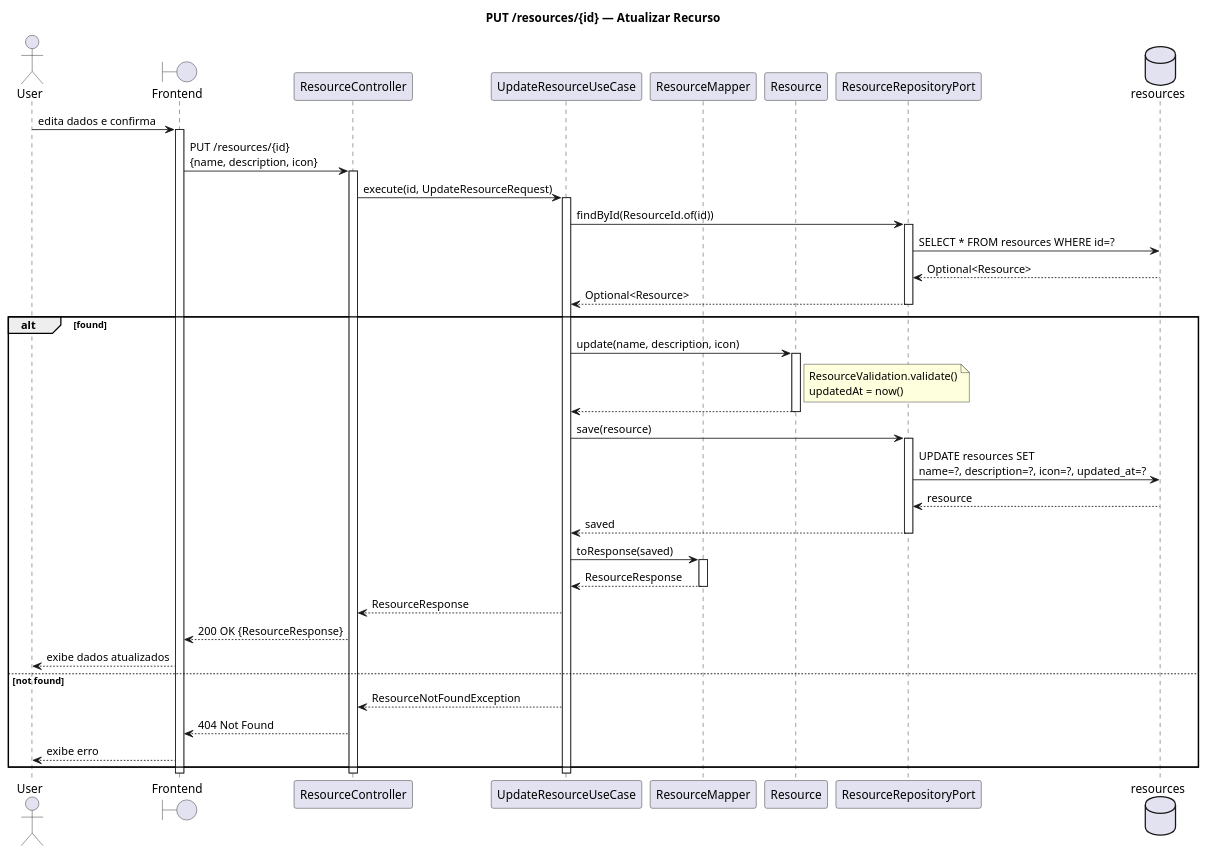
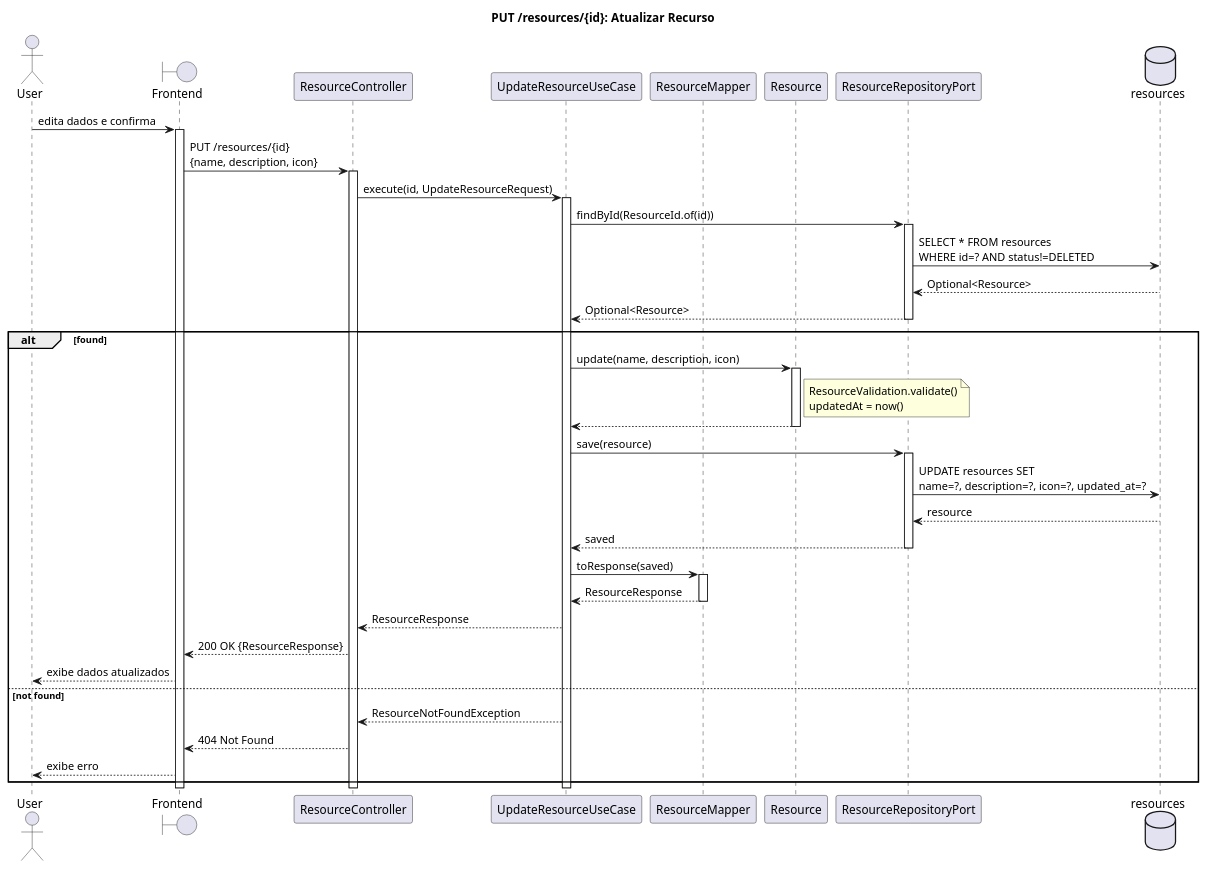
Before and after one commit to Neoguara/rooms-diagrams: the diagram in src/plantuml/sequencia/resource/update_resource.puml, drawn with PlantUML. The commit also changed 73 other files, not shown here.

```diff
--- a/src/plantuml/sequencia/resource/update_resource.puml
+++ b/src/plantuml/sequencia/resource/update_resource.puml
@@ -1,61 +1,61 @@
 @startuml update_resource
 
-title PUT /resources/{id} — Atualizar Recurso
+title PUT /resources/{id}: Atualizar Recurso
 
 actor User
 boundary "Frontend" as FE
 participant "ResourceController" as Ctrl
 participant "UpdateResourceUseCase" as UC
 participant "ResourceMapper" as Mapper
 participant "Resource" as Entity
 participant "ResourceRepositoryPort" as Repo
 database "resources" as DB
 
 User -> FE: edita dados e confirma
 activate FE
 FE -> Ctrl: PUT /resources/{id}\n{name, description, icon}
 activate Ctrl
 
 Ctrl -> UC: execute(id, UpdateResourceRequest)
 activate UC
 
 UC -> Repo: findById(ResourceId.of(id))
 activate Repo
-Repo -> DB: SELECT * FROM resources WHERE id=?
+Repo -> DB: SELECT * FROM resources\nWHERE id=? AND status!=DELETED
 DB --> Repo: Optional<Resource>
 Repo --> UC: Optional<Resource>
 deactivate Repo
 
 alt found
   UC -> Entity: update(name, description, icon)
   activate Entity
   note right of Entity: ResourceValidation.validate()\nupdatedAt = now()
   Entity --> UC:
   deactivate Entity
 
   UC -> Repo: save(resource)
   activate Repo
   Repo -> DB: UPDATE resources SET\nname=?, description=?, icon=?, updated_at=?
   DB --> Repo: resource
   Repo --> UC: saved
   deactivate Repo
 
   UC -> Mapper: toResponse(saved)
   activate Mapper
   Mapper --> UC: ResourceResponse
   deactivate Mapper
 
   UC --> Ctrl: ResourceResponse
   Ctrl --> FE: 200 OK {ResourceResponse}
   FE --> User: exibe dados atualizados
 else not found
   UC --> Ctrl: ResourceNotFoundException
   Ctrl --> FE: 404 Not Found
   FE --> User: exibe erro
 end
 
 deactivate UC
 deactivate Ctrl
 deactivate FE
 
 @enduml
```
